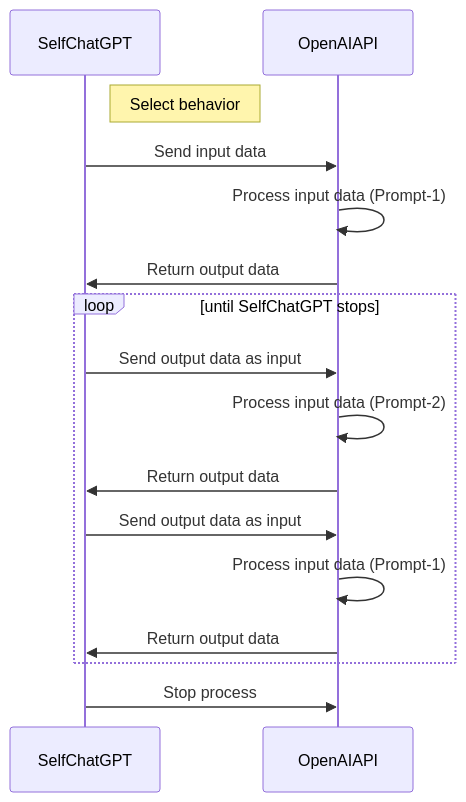
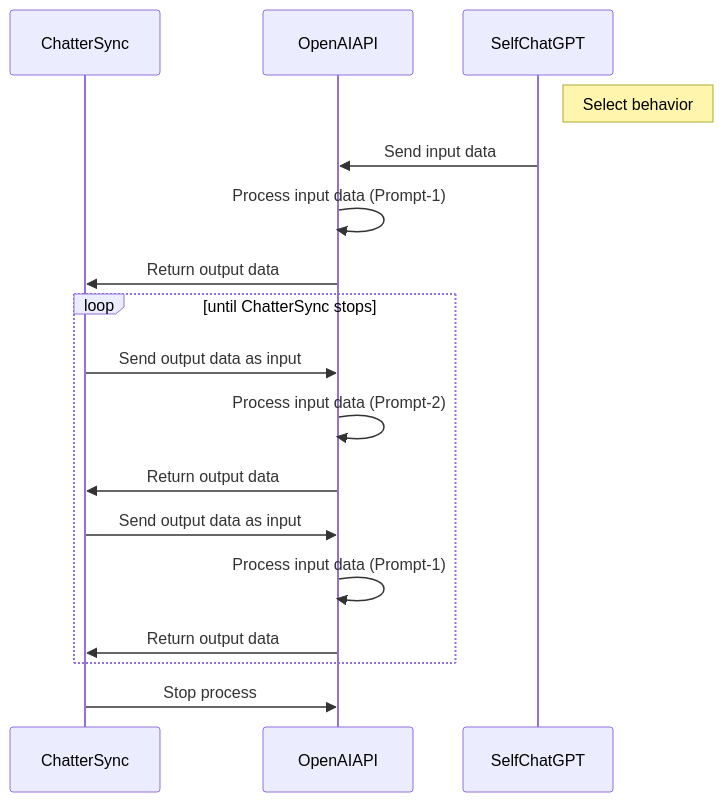
Before and after one commit to while-basic/ChatterSync: the diagram in README.md, drawn with Mermaid. The commit also changed other lines of this file, not shown here.

````diff
--- a/README.md
+++ b/README.md
@@ -54,19 +54,19 @@
 ```mermaid
 sequenceDiagram
-    participant SelfChatGPT
+    participant ChatterSync
     participant OpenAIAPI
 	Note right of SelfChatGPT: Select behavior
     SelfChatGPT->>OpenAIAPI: Send input data
     
     OpenAIAPI->>OpenAIAPI: Process input data (Prompt-1)
-    OpenAIAPI->>SelfChatGPT: Return output data
-    loop until SelfChatGPT stops
-        SelfChatGPT->>OpenAIAPI: Send output data as input
+    OpenAIAPI->>ChatterSync: Return output data
+    loop until ChatterSync stops
+        ChatterSync->>OpenAIAPI: Send output data as input
         OpenAIAPI->>OpenAIAPI: Process input data (Prompt-2)
-        OpenAIAPI->>SelfChatGPT: Return output data
-        SelfChatGPT->>OpenAIAPI: Send output data as input
+        OpenAIAPI->>ChatterSync: Return output data
+        ChatterSync->>OpenAIAPI: Send output data as input
         OpenAIAPI->>OpenAIAPI: Process input data (Prompt-1)
-        OpenAIAPI->>SelfChatGPT: Return output data
+        OpenAIAPI->>ChatterSync: Return output data
     end
-    SelfChatGPT->>OpenAIAPI: Stop process
+    ChatterSync->>OpenAIAPI: Stop process
 ```
````
